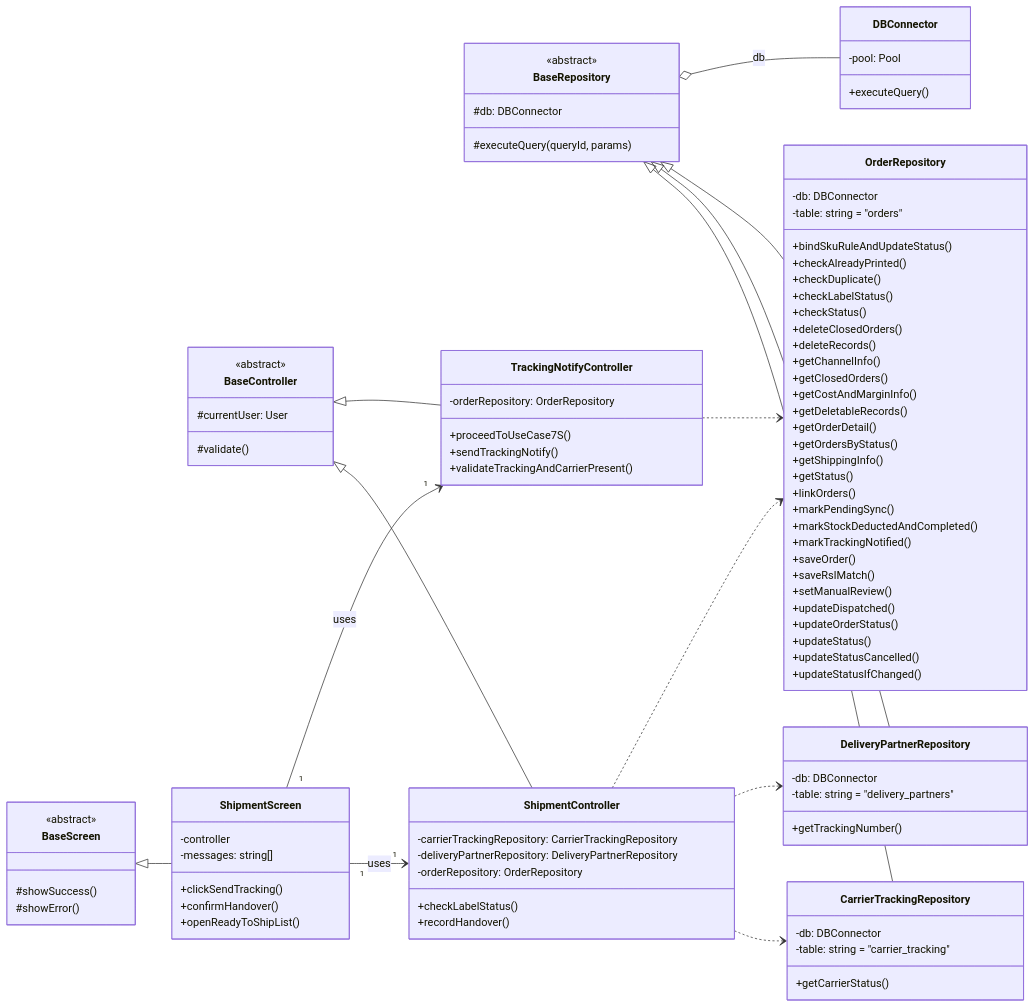
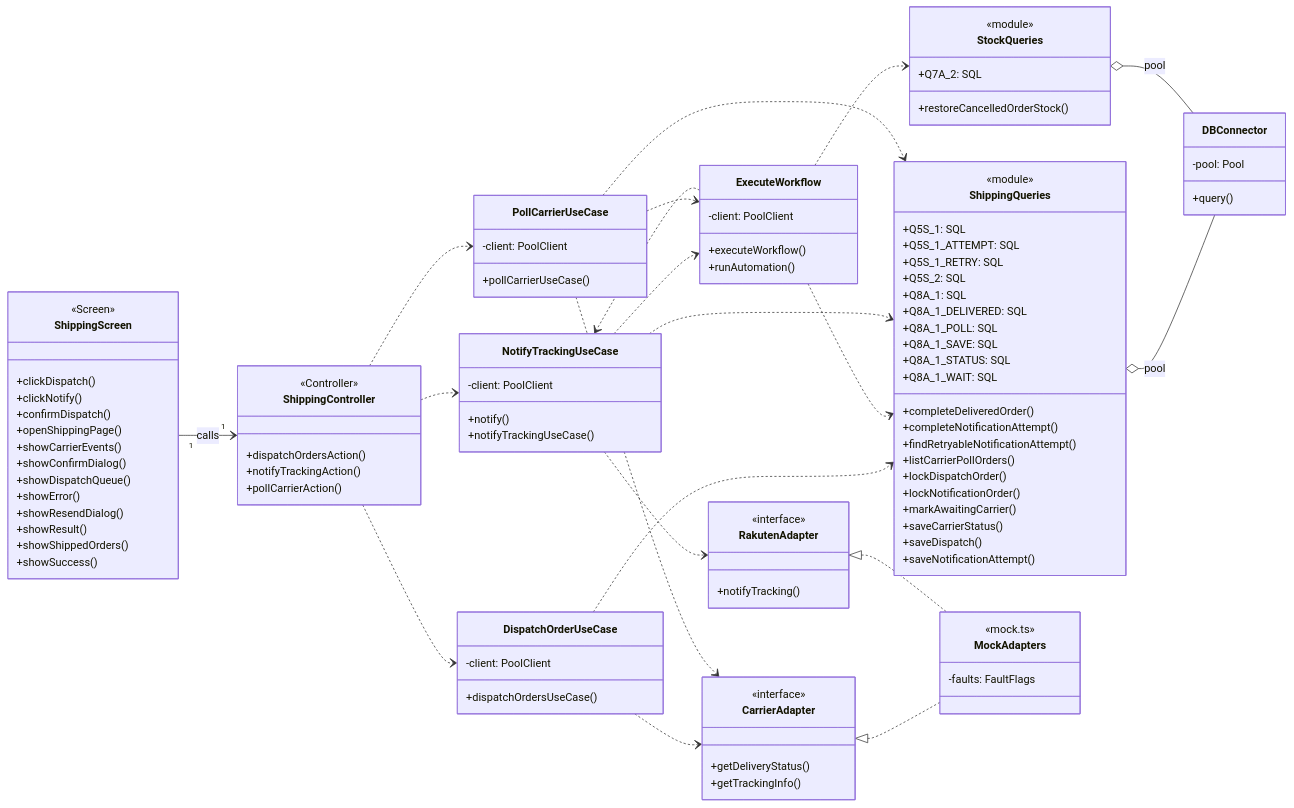
Before and after one commit to xbpkdi/321-sa-proj: the diagram in 04-chapter2-diagrams-database/diagrams/src/class-11.mmd, drawn with Mermaid. The commit also changed 125 other files, not shown here.

Commit message:
docs: update er, class and state diagrams with sql data

```diff
--- a/04-chapter2-diagrams-database/diagrams/src/class-11.mmd
+++ b/04-chapter2-diagrams-database/diagrams/src/class-11.mmd
@@ -1,96 +1,106 @@
 %%{init: {'class': {'hideEmptyMembersBox': true}, 'themeVariables': {'fontSize': '15px'}}}%%
 classDiagram
     direction LR
-    class BaseScreen {
-        <<abstract>>
-        #showSuccess()
-        #showError()
+    class ShippingScreen {
+        <<Screen>>
+        +clickDispatch()
+        +clickNotify()
+        +confirmDispatch()
+        +openShippingPage()
+        +showCarrierEvents()
+        +showConfirmDialog()
+        +showDispatchQueue()
+        +showError()
+        +showResendDialog()
+        +showResult()
+        +showShippedOrders()
+        +showSuccess()
     }
-    class BaseController {
-        <<abstract>>
-        #currentUser: User
-        #validate()
+    class ShippingController {
+        <<Controller>>
+        +dispatchOrdersAction()
+        +notifyTrackingAction()
+        +pollCarrierAction()
     }
-    class BaseRepository {
-        <<abstract>>
-        #db: DBConnector
-        #executeQuery(queryId, params)
+    class DispatchOrderUseCase {
+        -client: PoolClient
+        +dispatchOrdersUseCase()
     }
-    class ShipmentScreen {
-        -controller
-        -messages: string[]
-        +clickSendTracking()
-        +confirmHandover()
-        +openReadyToShipList()
+    class ExecuteWorkflow {
+        -client: PoolClient
+        +executeWorkflow()
+        +runAutomation()
     }
-    class ShipmentController {
-        -carrierTrackingRepository: CarrierTrackingRepository
-        -deliveryPartnerRepository: DeliveryPartnerRepository
-        -orderRepository: OrderRepository
-        +checkLabelStatus()
-        +recordHandover()
+    class NotifyTrackingUseCase {
+        -client: PoolClient
+        +notify()
+        +notifyTrackingUseCase()
     }
-    class TrackingNotifyController {
-        -orderRepository: OrderRepository
-        +proceedToUseCase7S()
-        +sendTrackingNotify()
-        +validateTrackingAndCarrierPresent()
+    class PollCarrierUseCase {
+        -client: PoolClient
+        +pollCarrierUseCase()
     }
-    class CarrierTrackingRepository {
-        -db: DBConnector
-        -table: string = "carrier_tracking"
-        +getCarrierStatus()
+    class ShippingQueries {
+        <<module>>
+        +Q5S_1: SQL
+        +Q5S_1_ATTEMPT: SQL
+        +Q5S_1_RETRY: SQL
+        +Q5S_2: SQL
+        +Q8A_1: SQL
+        +Q8A_1_DELIVERED: SQL
+        +Q8A_1_POLL: SQL
+        +Q8A_1_SAVE: SQL
+        +Q8A_1_STATUS: SQL
+        +Q8A_1_WAIT: SQL
+        +completeDeliveredOrder()
+        +completeNotificationAttempt()
+        +findRetryableNotificationAttempt()
+        +listCarrierPollOrders()
+        +lockDispatchOrder()
+        +lockNotificationOrder()
+        +markAwaitingCarrier()
+        +saveCarrierStatus()
+        +saveDispatch()
+        +saveNotificationAttempt()
     }
-    class DeliveryPartnerRepository {
-        -db: DBConnector
-        -table: string = "delivery_partners"
-        +getTrackingNumber()
-    }
-    class OrderRepository {
-        -db: DBConnector
-        -table: string = "orders"
-        +bindSkuRuleAndUpdateStatus()
-        +checkAlreadyPrinted()
-        +checkDuplicate()
-        +checkLabelStatus()
-        +checkStatus()
-        +deleteClosedOrders()
-        +deleteRecords()
-        +getChannelInfo()
-        +getClosedOrders()
-        +getCostAndMarginInfo()
-        +getDeletableRecords()
-        +getOrderDetail()
-        +getOrdersByStatus()
-        +getShippingInfo()
-        +getStatus()
-        +linkOrders()
-        +markPendingSync()
-        +markStockDeductedAndCompleted()
-        +markTrackingNotified()
-        +saveOrder()
-        +saveRslMatch()
-        +setManualReview()
-        +updateDispatched()
-        +updateOrderStatus()
-        +updateStatus()
-        +updateStatusCancelled()
-        +updateStatusIfChanged()
+    class StockQueries {
+        <<module>>
+        +Q7A_2: SQL
+        +restoreCancelledOrderStock()
     }
     class DBConnector {
         -pool: Pool
-        +executeQuery()
+        +query()
     }
-    BaseScreen <|-- ShipmentScreen
-    BaseController <|-- ShipmentController
-    BaseController <|-- TrackingNotifyController
-    BaseRepository <|-- CarrierTrackingRepository
-    BaseRepository <|-- DeliveryPartnerRepository
-    BaseRepository <|-- OrderRepository
-    BaseRepository o-- DBConnector : db
-    ShipmentScreen "1" --> "1" ShipmentController : uses
-    ShipmentScreen "1" --> "1" TrackingNotifyController : uses
-    ShipmentController ..> CarrierTrackingRepository
-    ShipmentController ..> DeliveryPartnerRepository
-    ShipmentController ..> OrderRepository
-    TrackingNotifyController ..> OrderRepository
+    class CarrierAdapter {
+        <<interface>>
+        +getDeliveryStatus()
+        +getTrackingInfo()
+    }
+    class RakutenAdapter {
+        <<interface>>
+        +notifyTracking()
+    }
+    class MockAdapters {
+        <<mock.ts>>
+        -faults: FaultFlags
+    }
+    ShippingScreen "1" --> "1" ShippingController : calls
+    ShippingController ..> DispatchOrderUseCase
+    ShippingController ..> NotifyTrackingUseCase
+    ShippingController ..> PollCarrierUseCase
+    DispatchOrderUseCase ..> CarrierAdapter
+    DispatchOrderUseCase ..> ShippingQueries
+    ExecuteWorkflow ..> NotifyTrackingUseCase
+    ExecuteWorkflow ..> ShippingQueries
+    ExecuteWorkflow ..> StockQueries
+    NotifyTrackingUseCase ..> ExecuteWorkflow
+    NotifyTrackingUseCase ..> RakutenAdapter
+    NotifyTrackingUseCase ..> ShippingQueries
+    PollCarrierUseCase ..> CarrierAdapter
+    PollCarrierUseCase ..> ExecuteWorkflow
+    PollCarrierUseCase ..> ShippingQueries
+    ShippingQueries o-- DBConnector : pool
+    StockQueries o-- DBConnector : pool
+    CarrierAdapter <|.. MockAdapters
+    RakutenAdapter <|.. MockAdapters
```
